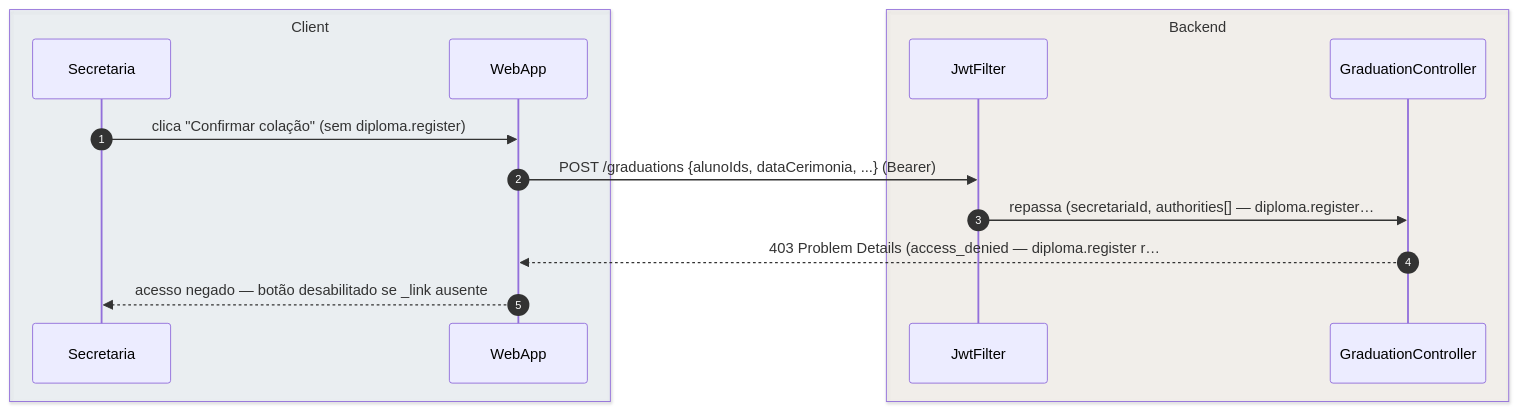
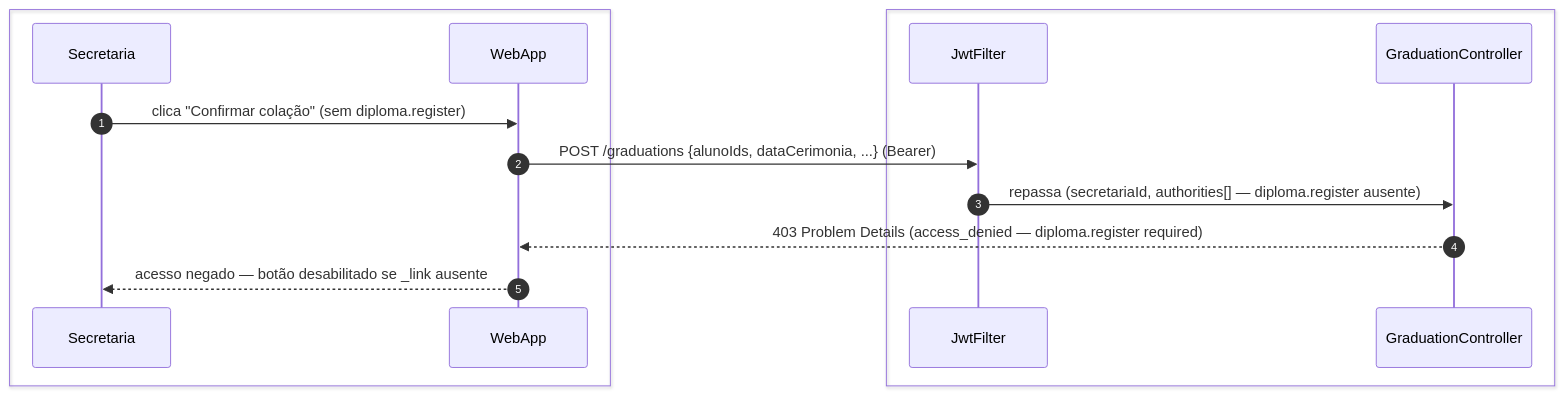
Before and after one commit to umishell/secretariaOnline2: the fifth of 5 diagrams in foundationDocs/sequenceDiagrams/F5 — Secretaria/US-F5-005-EGRESSOS-DIPLOMAS.md, drawn with Mermaid. The commit also changed other lines of this file and 70 other files, not shown here.

First line of the commit message:
Enhance database documentation and introduce new schema files

````diff
--- a/foundationDocs/sequenceDiagrams/F5 — Secretaria/US-F5-005-EGRESSOS-DIPLOMAS.md
+++ b/foundationDocs/sequenceDiagrams/F5 — Secretaria/US-F5-005-EGRESSOS-DIPLOMAS.md
@@ -215,18 +215,18 @@
 ```mermaid
 sequenceDiagram
     autonumber
-    box rgba(230,245,255,0.3) Client
+    box #e8f4fc Cliente
         participant Secretaria
         participant WebApp
     end
-    box rgba(255,245,230,0.3) Backend
+    box #fff8ee Servidor
         participant JwtFilter
         participant GraduationController
     end
 
     Secretaria->>WebApp: clica "Confirmar colação" (sem diploma.register)
     WebApp->>JwtFilter: POST /graduations {alunoIds, dataCerimonia, ...} (Bearer)
-    JwtFilter->>GraduationController: repassa (secretariaId, authorities[] — diploma.register…
-    GraduationController-->>WebApp: 403 Problem Details (access_denied — diploma.register r…
+    JwtFilter->>GraduationController: repassa (secretariaId, authorities[] — diploma.register ausente)
+    GraduationController-->>WebApp: 403 Problem Details (access_denied — diploma.register required)
     WebApp-->>Secretaria: acesso negado — botão desabilitado se _link ausente
 ```
````
